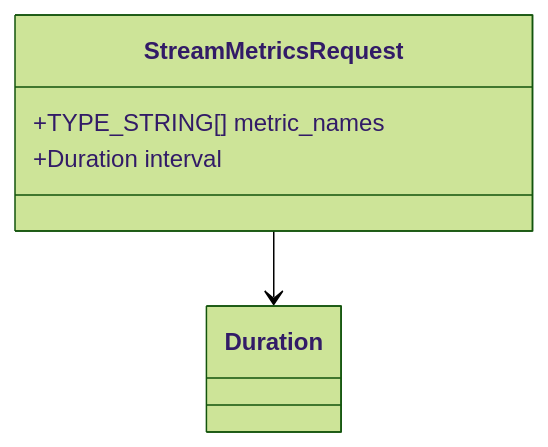
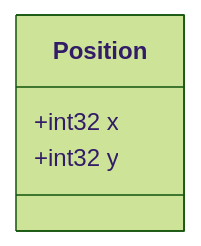
One commit to kyivinua/root changed diagram 39 of 49 in test-monorepo/docs/consolidated/AnalyticsService.md. Above: the diagram before and after it, drawn with Mermaid (forest theme). The commit also changed other lines of this file and 5 other files, not shown here.

````diff
--- a/test-monorepo/docs/consolidated/AnalyticsService.md
+++ b/test-monorepo/docs/consolidated/AnalyticsService.md
@@ -776,8 +1932,7 @@
 ```mermaid
 classDiagram
-    class StreamMetricsRequest {
-        +TYPE_STRING[] metric_names
-        +Duration interval
+    class Position {
+        +int32 x
+        +int32 y
     }
-    StreamMetricsRequest --> Duration
 ```
````
